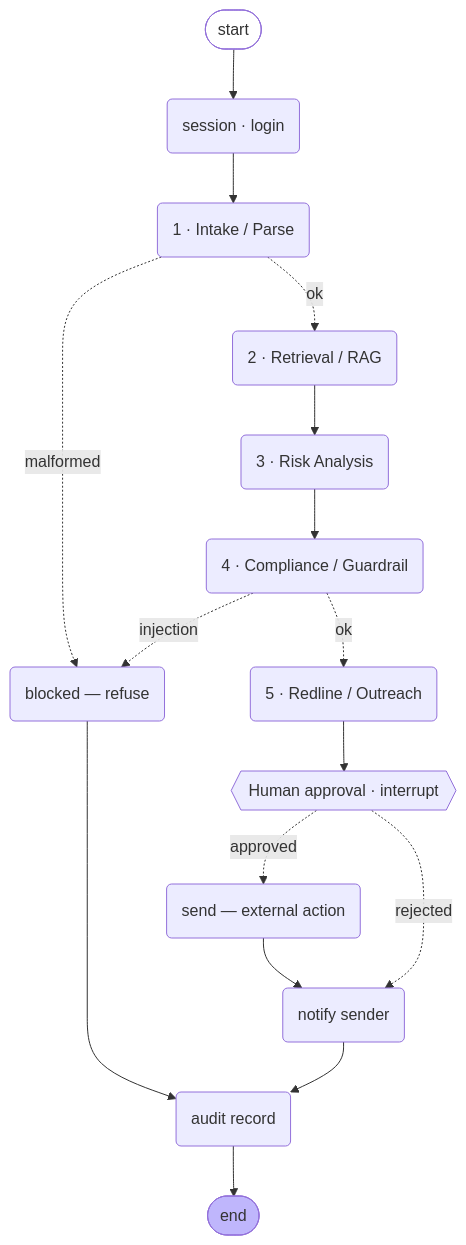
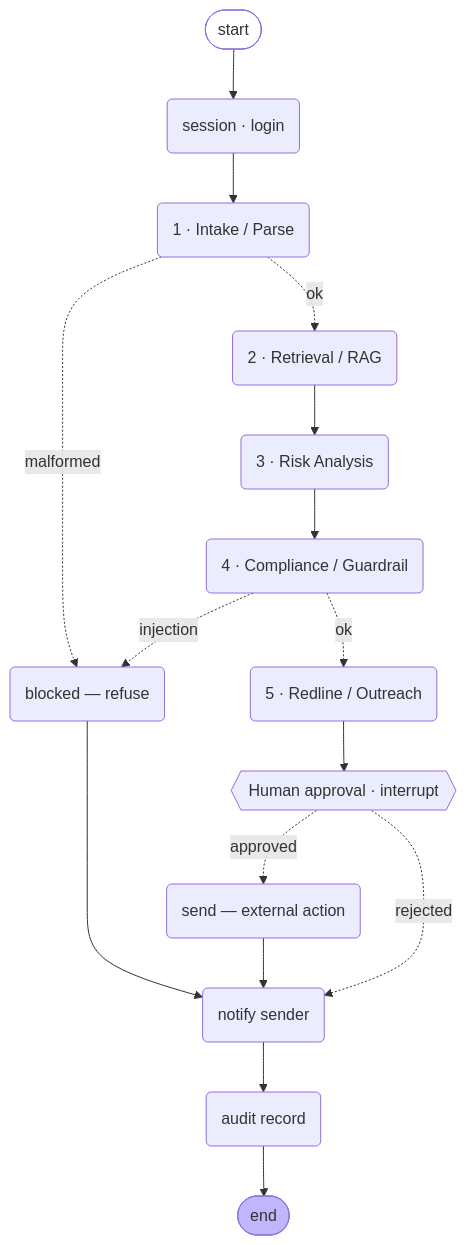
One commit to shivam1234100/Contact-Guard changed the diagram in README.md. Above: the diagram before and after it, drawn with Mermaid. The commit also changed 6 other files, not shown here.

First line of the commit message:
Add sender-email field + notify on every status (incl. blocked)

````diff
--- a/README.md
+++ b/README.md
@@ -34,33 +34,33 @@
 ```mermaid
 graph TD;
     __start__([start]):::first
     session(session · login)
     intake(1 · Intake / Parse)
     retrieval(2 · Retrieval / RAG)
     analysis(3 · Risk Analysis)
     guardrail(4 · Compliance / Guardrail)
     redline(5 · Redline / Outreach)
     human_approval{{Human approval · interrupt}}
     send(send — external action)
     notify(notify sender)
     record(audit record)
     blocked(blocked — refuse)
     __end__([end]):::last
     __start__ --> session;
     session --> intake;
     intake -.malformed.-> blocked;
     intake -.ok.-> retrieval;
     retrieval --> analysis;
     analysis --> guardrail;
     guardrail -.injection.-> blocked;
     guardrail -.ok.-> redline;
     redline --> human_approval;
     human_approval -.approved.-> send;
     human_approval -.rejected.-> notify;
     send --> notify;
+    blocked --> notify;
     notify --> record;
-    blocked --> record;
     record --> __end__;
     classDef first fill-opacity:0
     classDef last fill:#bfb6fc
 ```
````
